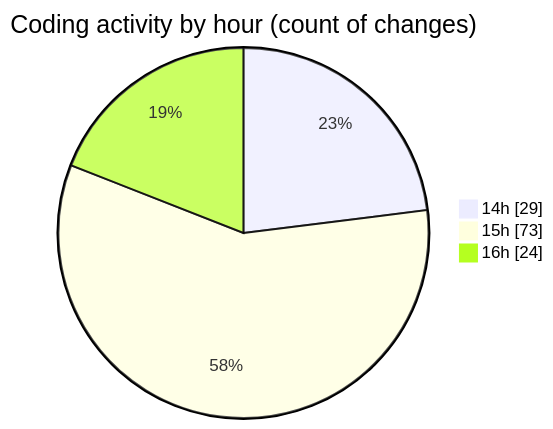
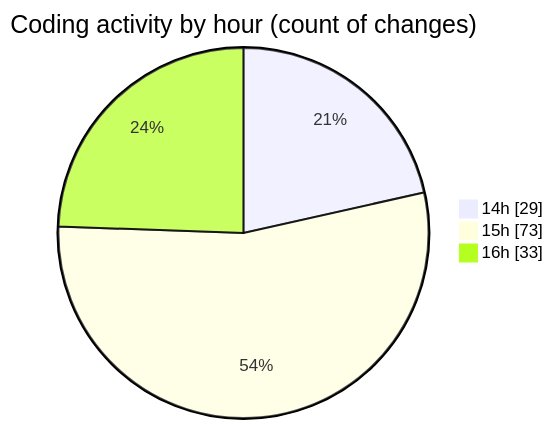
The second of 2 diagrams in 2025-06-05/ecodeli-1/README.md (CELIANVF/code-tracking), drawn with Mermaid before and after one commit. The commit also changed other lines of this file and 1 other file, not shown here.

````diff
--- a/2025-06-05/ecodeli-1/README.md
+++ b/2025-06-05/ecodeli-1/README.md
@@ -72,7 +77,7 @@
 ```mermaid
 pie showData
 title Coding activity by hour (count of changes)
 "14h" : 29
 "15h" : 73
-"16h" : 24
+"16h" : 33
 ```
````
